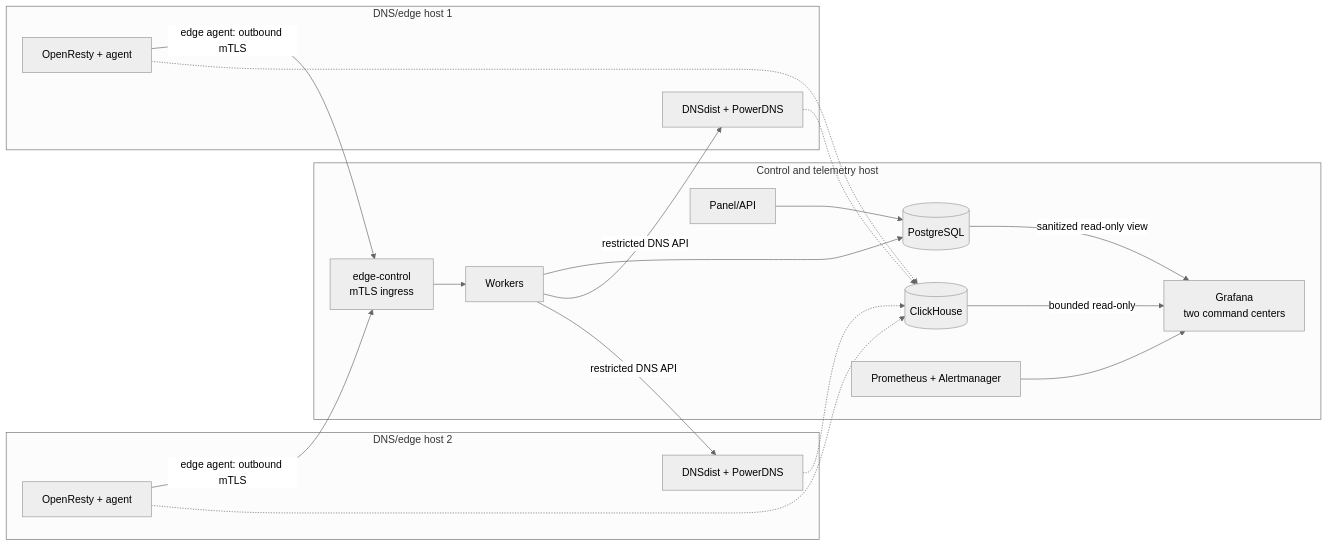
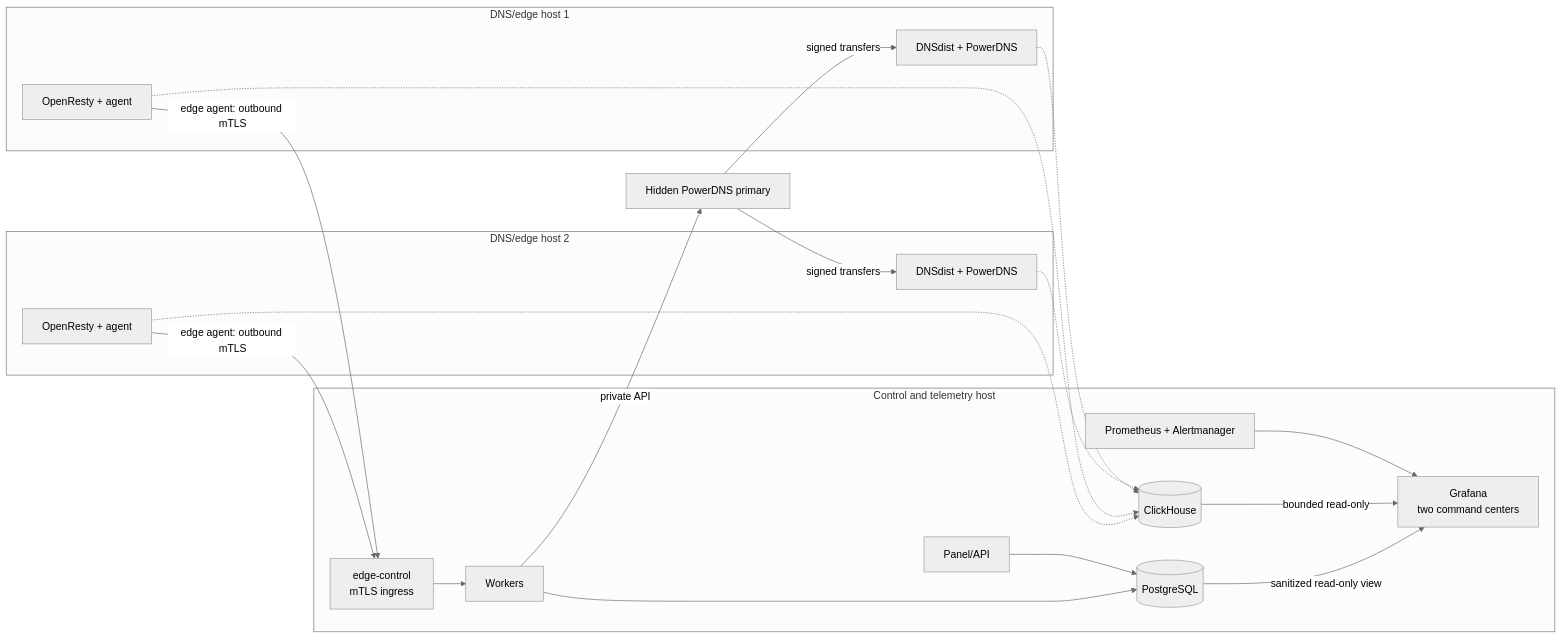
The second of 2 diagrams in docs/getting-started/private-cdn-design.md (vaheed/CDNFoundry), drawn with Mermaid (neutral theme) before and after one commit. The commit also changed 17 other files, not shown here.

Commit message:
docs: describe the hidden primary, DNS nodes, and their operation

````diff
--- a/docs/getting-started/private-cdn-design.md
+++ b/docs/getting-started/private-cdn-design.md
@@ -195,34 +195,35 @@
 ```mermaid
 flowchart LR
     subgraph ControlHost["Control and telemetry host"]
       Web["Panel/API"]
       Workers["Workers"]
       EdgeControl["edge-control<br/>mTLS ingress"]
       ControlDB[("PostgreSQL")]
       Telemetry[("ClickHouse")]
       Metrics["Prometheus + Alertmanager"]
       Grafana["Grafana<br/>two command centers"]
       Web --> ControlDB
       Workers --> ControlDB
       Metrics --> Grafana
       Telemetry -->|"bounded read-only"| Grafana
       ControlDB -->|"sanitized read-only view"| Grafana
     end
     subgraph POP1["DNS/edge host 1"]
       NS1["DNSdist + PowerDNS"]
       Edge1["OpenResty + agent"]
     end
     subgraph POP2["DNS/edge host 2"]
       NS2["DNSdist + PowerDNS"]
       Edge2["OpenResty + agent"]
     end
-    Workers -->|"restricted DNS API"| NS1
-    Workers -->|"restricted DNS API"| NS2
+    Workers -->|"private API"| Primary["Hidden PowerDNS primary"]
+    Primary -->|"signed transfers"| NS1
+    Primary -->|"signed transfers"| NS2
     Edge1 -->|"edge agent: outbound mTLS"| EdgeControl
     Edge2 -->|"edge agent: outbound mTLS"| EdgeControl
     EdgeControl --> Workers
     NS1 -.-> Telemetry
     NS2 -.-> Telemetry
     Edge1 -.-> Telemetry
     Edge2 -.-> Telemetry
 ```
````
